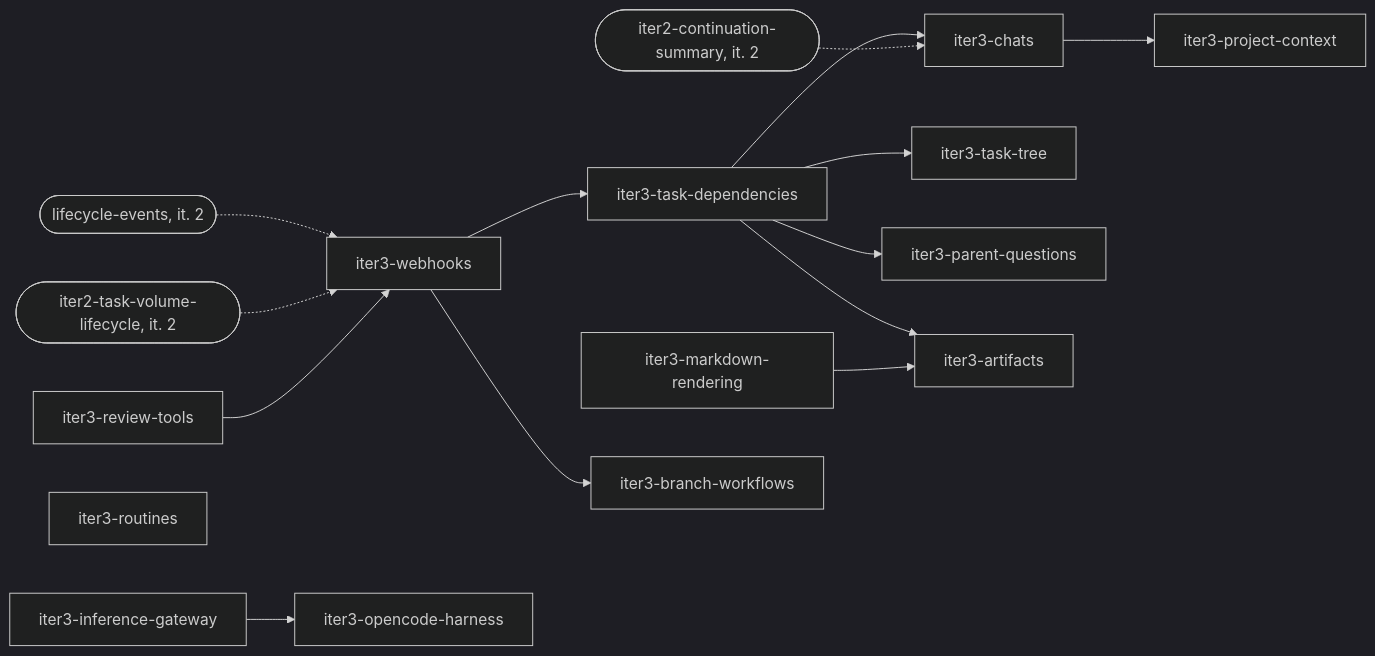
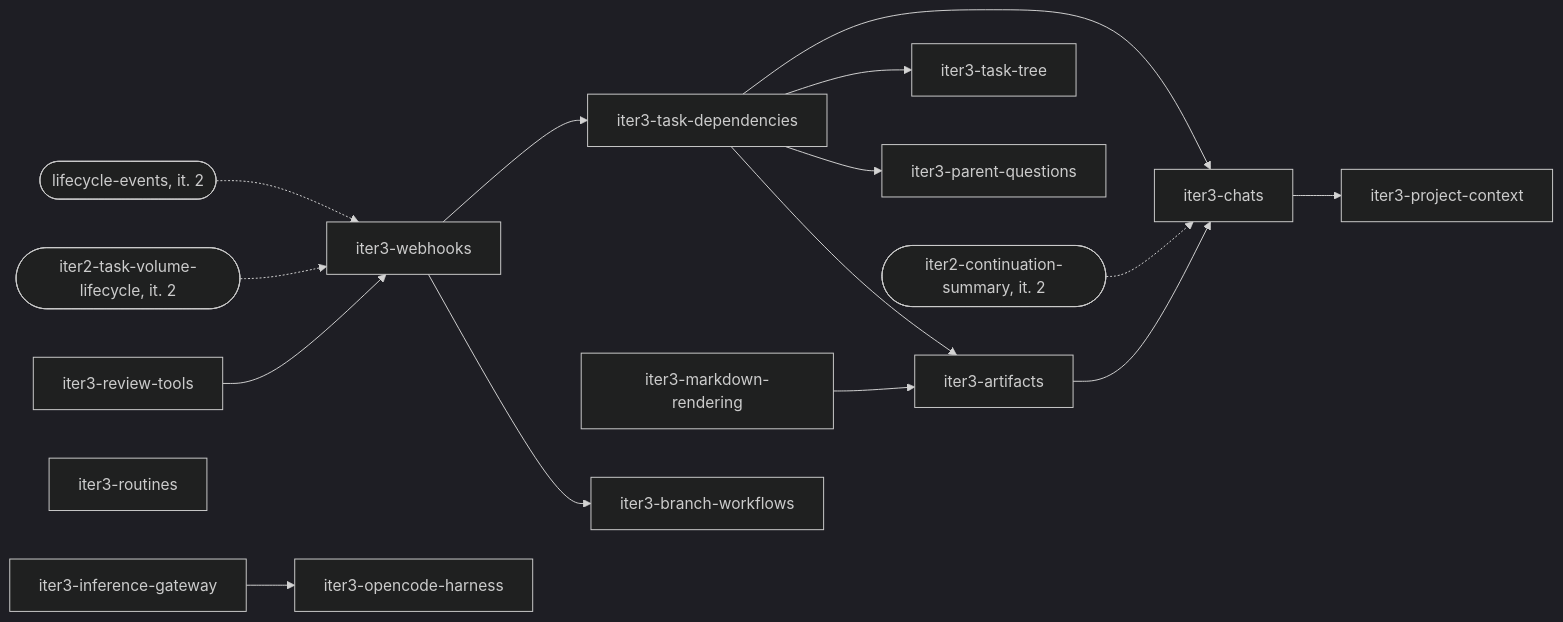
One commit to prskr/dark-factory changed the diagram in product/iterations/iteration-3.md. Above: the diagram before and after it, drawn with Mermaid (dark theme). The commit also changed other lines of this file and 4 other files, not shown here.

````diff
--- a/product/iterations/iteration-3.md
+++ b/product/iterations/iteration-3.md
@@ -35,17 +35,18 @@
 ```mermaid
 flowchart LR
   LE([lifecycle-events, it. 2]) -.-> WH
   TV([iter2-task-volume-lifecycle, it. 2]) -.-> WH
   RT[iter3-review-tools] --> WH[iter3-webhooks]
   WH --> TD[iter3-task-dependencies]
   TD --> CH[iter3-chats]
   CS([iter2-continuation-summary, it. 2]) -.-> CH
   CH --> PC[iter3-project-context]
   TD --> TT[iter3-task-tree]
   TD --> PQ[iter3-parent-questions]
   TD --> AR[iter3-artifacts]
+  AR --> CH
   MR[iter3-markdown-rendering] --> AR
   WH --> BW[iter3-branch-workflows]
   RO[iter3-routines]
   IG[iter3-inference-gateway] --> OC[iter3-opencode-harness]
 ```
````
